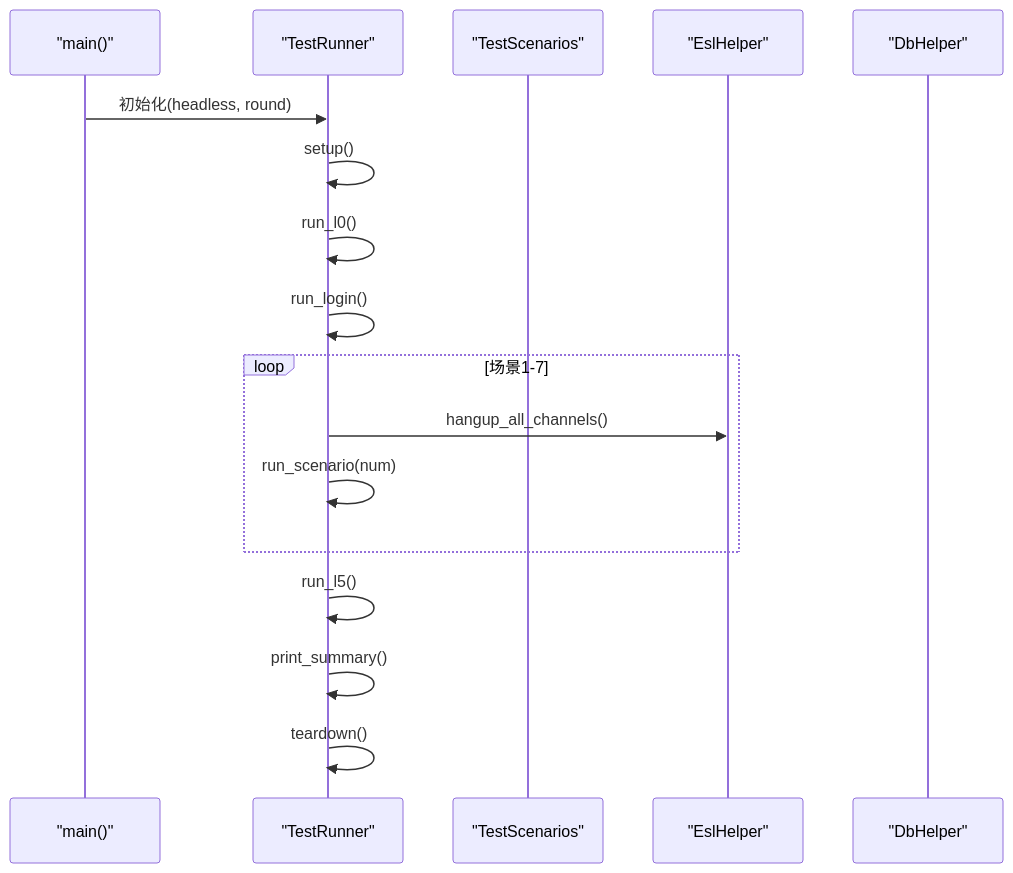
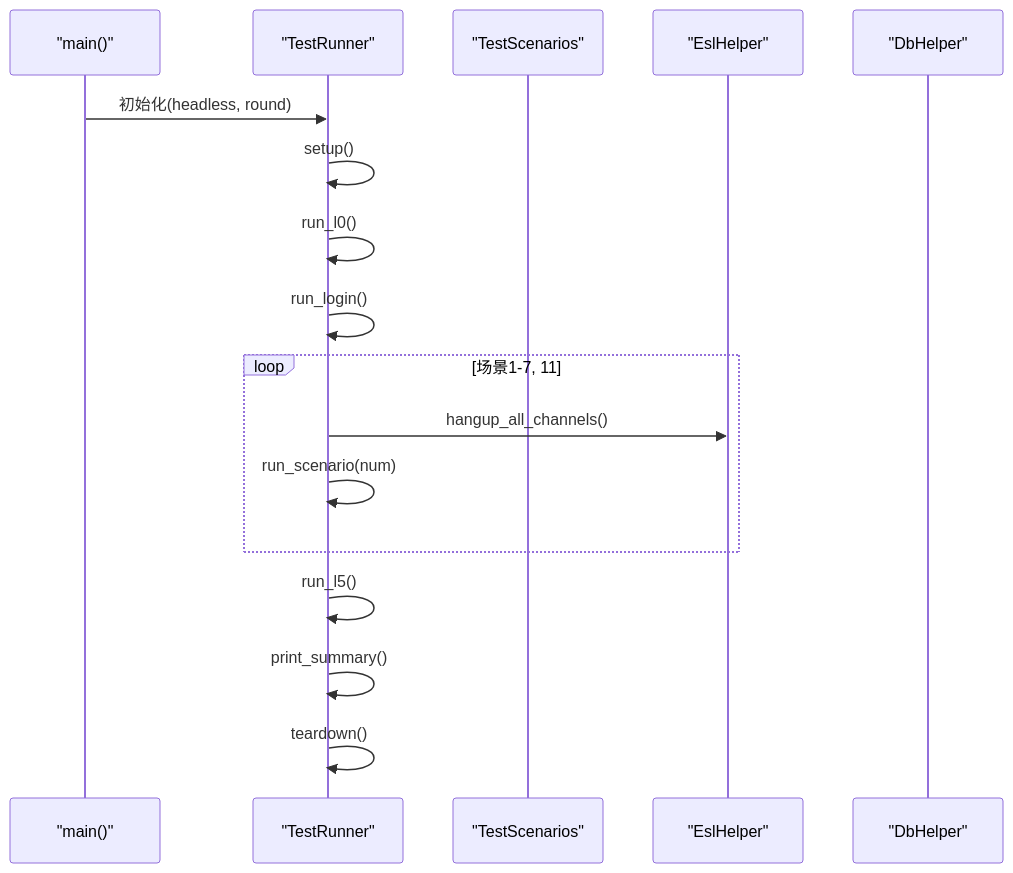
Before and after one commit to D2Moqi/open-ipcc: the fourth of 6 diagrams in .qoder/repowiki/zh/content/IVR流程系统/流程测试工具.md, drawn with Mermaid. The commit also changed other lines of this file and 577 other files, not shown here.

````diff
--- a/.qoder/repowiki/zh/content/IVR流程系统/流程测试工具.md
+++ b/.qoder/repowiki/zh/content/IVR流程系统/流程测试工具.md
@@ -173,19 +213,19 @@
 ```mermaid
 sequenceDiagram
 participant Main as "main()"
 participant Runner as "TestRunner"
 participant Scenarios as "TestScenarios"
 participant ESL as "EslHelper"
 participant DB as "DbHelper"
 Main->>Runner : 初始化(headless, round)
 Runner->>Runner : setup()
 Runner->>Runner : run_l0()
 Runner->>Runner : run_login()
-loop 场景1-7
+loop 场景1-7, 11
 Runner->>ESL : hangup_all_channels()
 Runner->>Runner : run_scenario(num)
 end
 Runner->>Runner : run_l5()
 Runner->>Runner : print_summary()
 Runner->>Runner : teardown()
 ```
````
